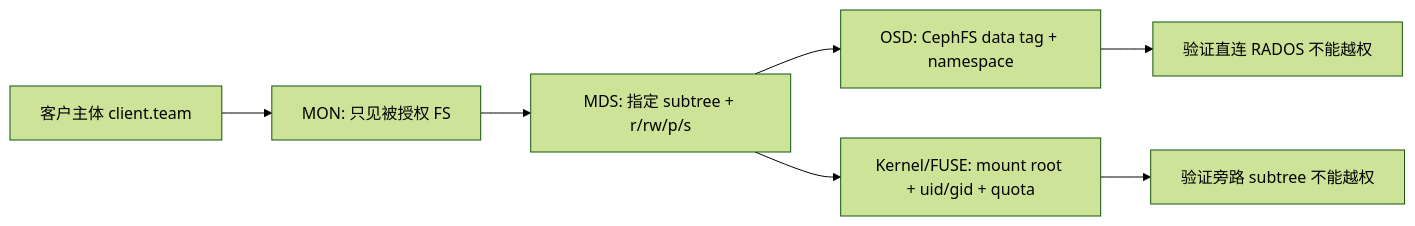
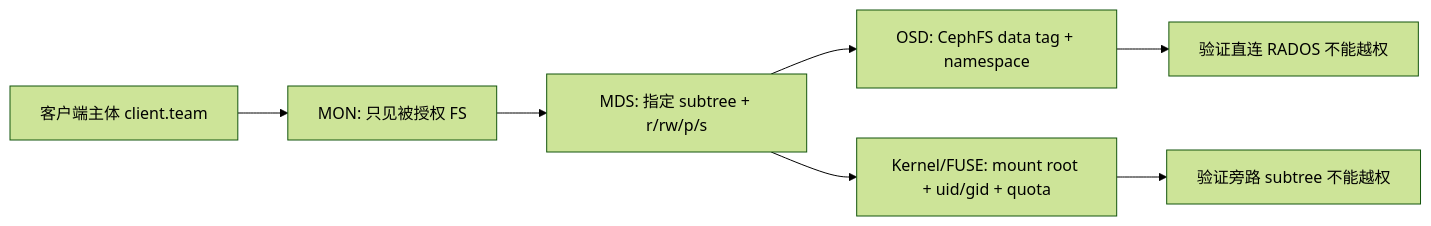
Before and after one commit to brinnatt/kubeauto: diagram 11 of 14 in docs/storage/ceph/04-cephfs.md, drawn with Mermaid (forest theme). The commit also changed other lines of this file and 8 other files, not shown here.

````diff
--- a/docs/storage/ceph/04-cephfs.md
+++ b/docs/storage/ceph/04-cephfs.md
@@ -483,9 +483,9 @@
 ```mermaid
 flowchart LR
-  C[客户主体 client.team] --> MON[MON: 只见被授权 FS]
+  C[客户端主体 client.team] --> MON[MON: 只见被授权 FS]
   MON --> MDS[MDS: 指定 subtree + r/rw/p/s]
   MDS --> OSD[OSD: CephFS data tag + namespace]
   MDS --> KM[Kernel/FUSE: mount root + uid/gid + quota]
   OSD --> CHECK[验证直连 RADOS 不能越权]
   KM --> CHECK2[验证旁路 subtree 不能越权]
 ```
````
